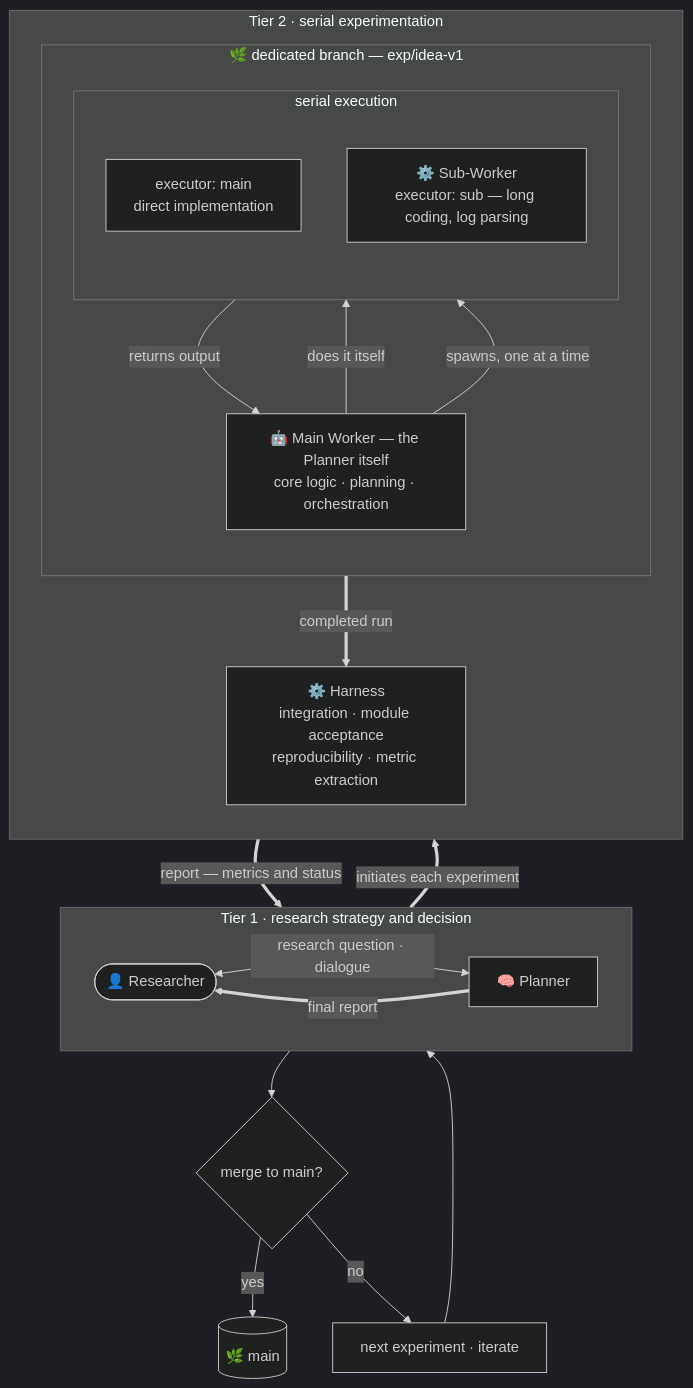
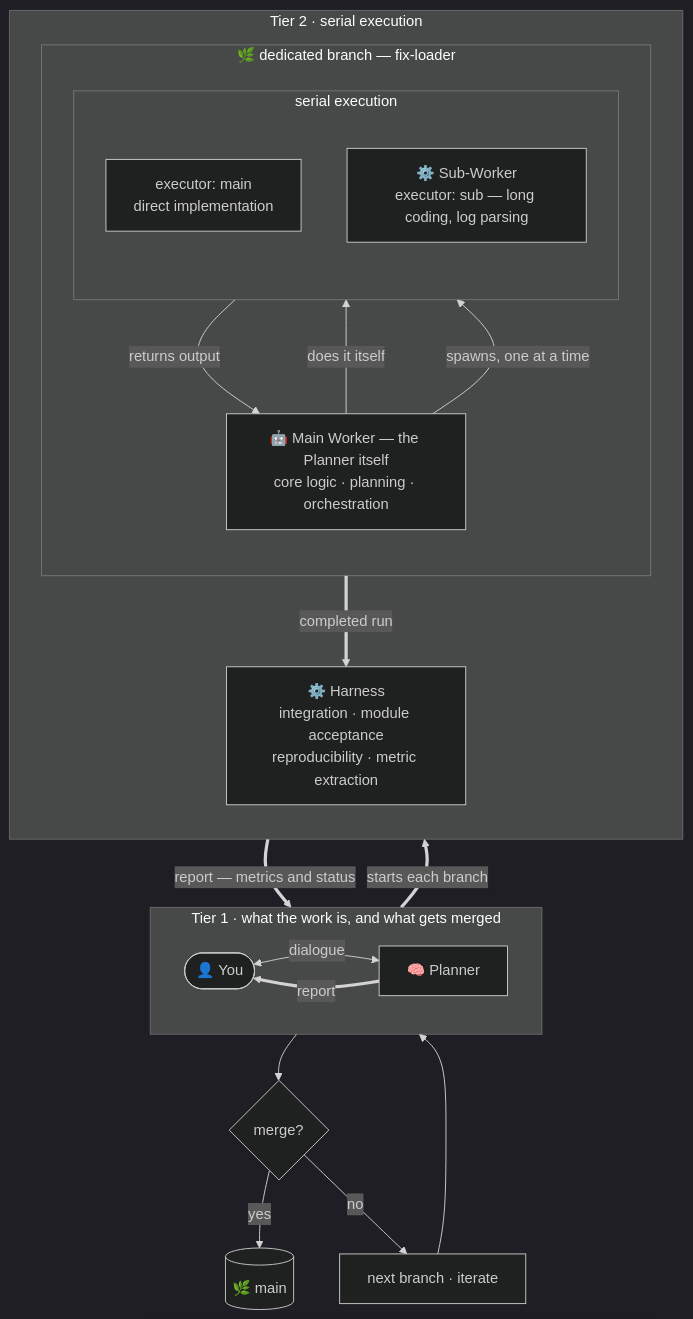
Before and after one commit to teasol/harness-template: the first of 3 diagrams in README.md, drawn with Mermaid (dark theme). The commit also changed other lines of this file and 30 other files, not shown here.

````diff
--- a/README.md
+++ b/README.md
@@ -287,33 +242,33 @@
 ```mermaid
 flowchart TD
-    subgraph T1 ["Tier 1 · research strategy and decision"]
+    subgraph T1 ["Tier 1 · what the work is, and what gets merged"]
         direction LR
-        U(["👤 Researcher"]) <-->|"research question · dialogue"| P["🧠 Planner"]
+        U(["👤 You"]) <-->|"dialogue"| P["🧠 Planner"]
     end
 
-    subgraph T2 ["Tier 2 · serial experimentation"]
+    subgraph T2 ["Tier 2 · serial execution"]
         direction TB
-        subgraph BR ["🌿 dedicated branch — exp/idea-v1"]
+        subgraph BR ["🌿 dedicated branch — fix-loader"]
             direction TB
             MW["🤖 Main Worker — the Planner itself<br/>core logic · planning · orchestration"]
             subgraph EX ["serial execution"]
                 direction TB
                 SELF["executor: main<br/>direct implementation"]
                 SUB["⚙️ Sub-Worker<br/>executor: sub — long coding, log parsing"]
             end
             MW -->|"does it itself"| SELF
             MW -->|"spawns, one at a time"| SUB
             SUB -->|"returns output"| MW
         end
         H["⚙️ Harness<br/>integration · module acceptance<br/>reproducibility · metric extraction"]
     end
 
-    P ==>|"initiates each experiment"| MW
+    P ==>|"starts each branch"| MW
     EX ==>|"completed run"| H
     H ==>|"report — metrics and status"| P
-    P ==>|"final report"| U
-    U --> DEC{"merge to main?"}
+    P ==>|"report"| U
+    U --> DEC{"merge?"}
     DEC -->|"yes"| MAIN[("🌿 main")]
-    DEC -->|"no"| NEXT["next experiment · iterate"]
+    DEC -->|"no"| NEXT["next branch · iterate"]
     NEXT --> P
 ```
````
